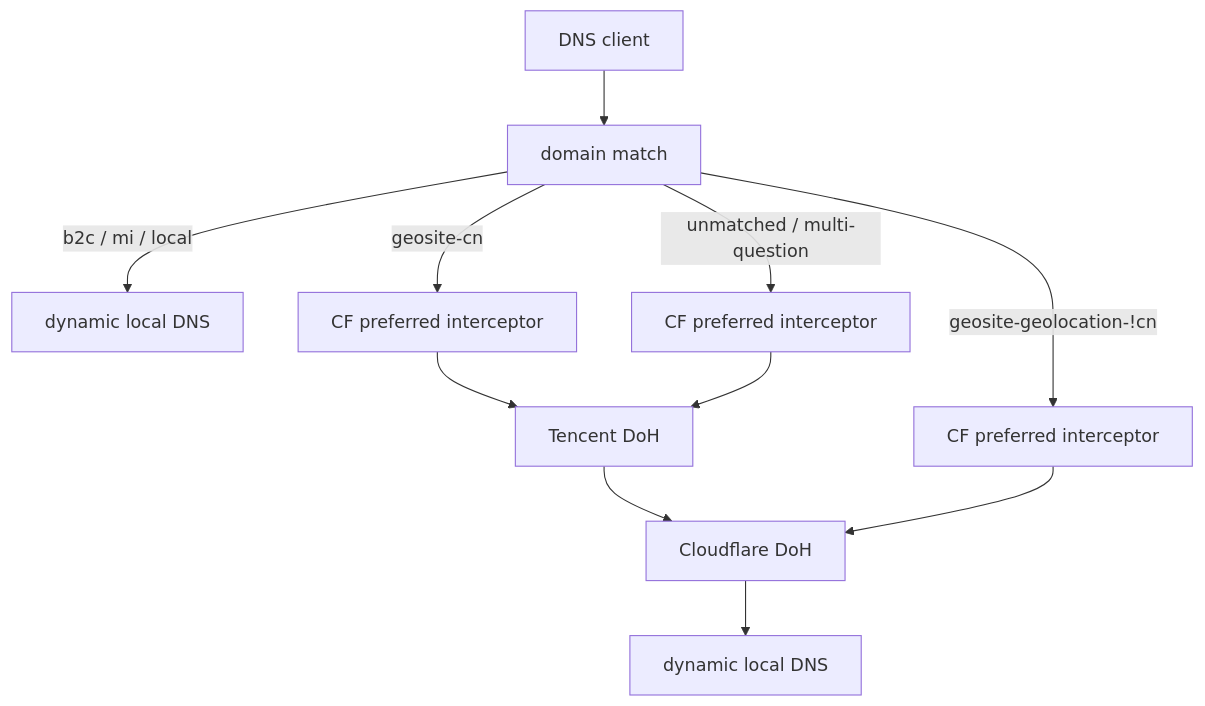
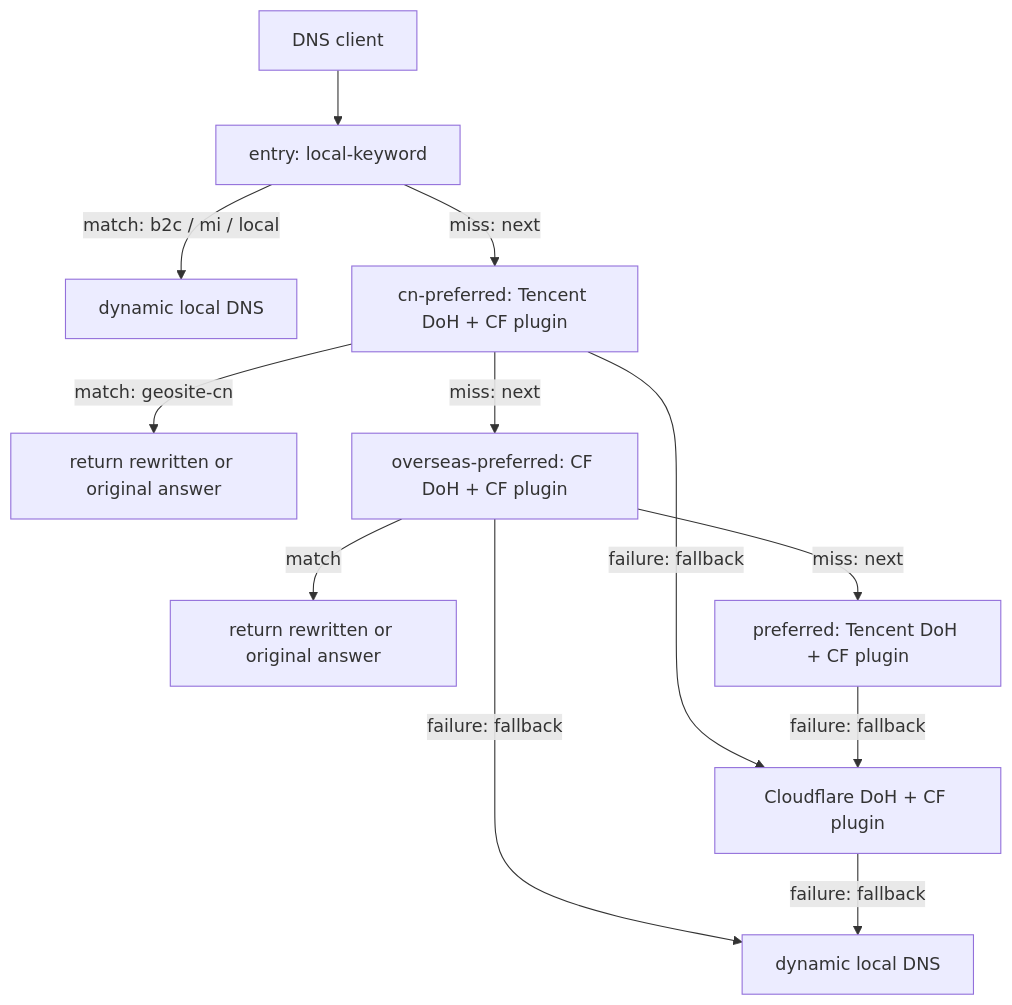
The diagram in README.md (Fuxx-1/EdgeSteer), drawn with Mermaid before and after one commit. The commit also changed other lines of this file and 15 other files, not shown here.

Commit message:
Refactor DNS layers around a single entry

````diff
--- a/README.md
+++ b/README.md
@@ -16,13 +16,14 @@
 ```mermaid
 flowchart TB
-    Client["DNS client"] --> Match["domain match"]
-    Match -->|"b2c / mi / local"| LocalKeyword["dynamic local DNS"]
-    Match -->|"geosite-cn"| CN["CF preferred interceptor"]
-    Match -->|"geosite-geolocation-!cn"| Overseas["CF preferred interceptor"]
-    Match -->|"unmatched / multi-question"| Default["CF preferred interceptor"]
-    CN --> Tencent["Tencent DoH"]
-    Default --> Tencent
-    Tencent --> CF["Cloudflare DoH"]
-    Overseas --> CF
-    CF --> LocalFallback["dynamic local DNS"]
+    Client["DNS client"] --> Entry["entry: local-keyword"]
+    Entry -->|"match: b2c / mi / local"| LocalKeyword["dynamic local DNS"]
+    Entry -->|"miss: next"| CN["cn-preferred: Tencent DoH + CF plugin"]
+    CN -->|"match: geosite-cn"| TencentResult["return rewritten or original answer"]
+    CN -->|"miss: next"| Overseas["overseas-preferred: CF DoH + CF plugin"]
+    CN -->|"failure: fallback"| CF["Cloudflare DoH + CF plugin"]
+    Overseas -->|"match"| OverseasResult["return rewritten or original answer"]
+    Overseas -->|"miss: next"| Default["preferred: Tencent DoH + CF plugin"]
+    Overseas -->|"failure: fallback"| LocalFallback["dynamic local DNS"]
+    Default -->|"failure: fallback"| CF
+    CF -->|"failure: fallback"| LocalFallback
 ```
````
